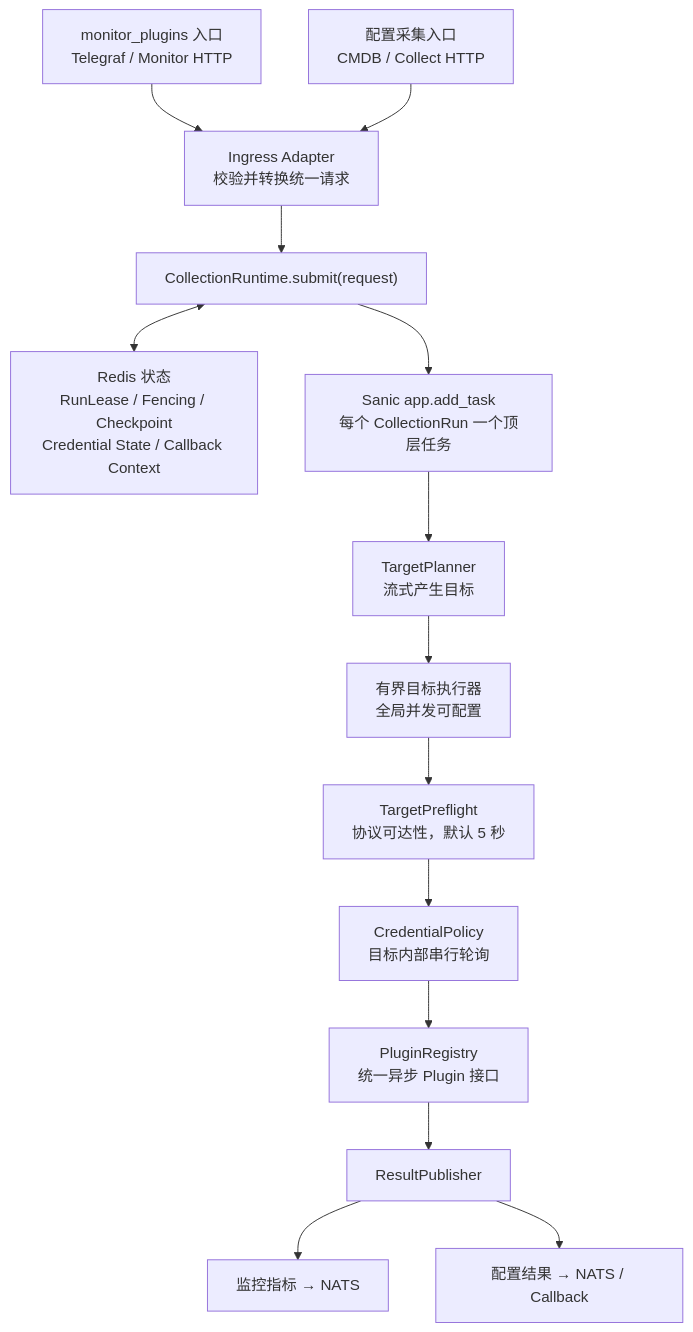
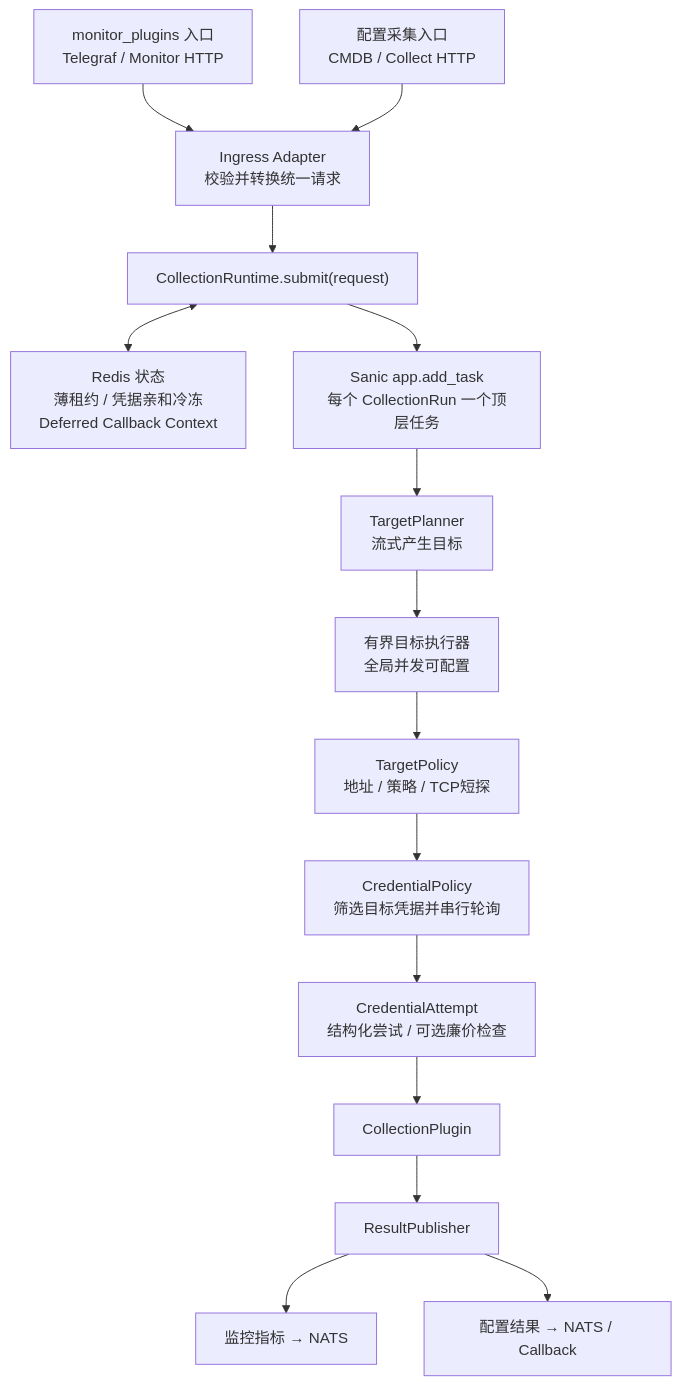
One commit to TencentBlueKing/bk-lite changed the first of 3 diagrams in specs/changes/stargazer-stateless-async-collection/spec.md. Above: the diagram before and after it, drawn with Mermaid. The commit also changed other lines of this file and 187 other files, not shown here.

````diff
--- a/specs/changes/stargazer-stateless-async-collection/spec.md
+++ b/specs/changes/stargazer-stateless-async-collection/spec.md
@@ -85,21 +101,22 @@
 ```mermaid
 flowchart TB
     MC["monitor_plugins 入口<br/>Telegraf / Monitor HTTP"]
     CC["配置采集入口<br/>CMDB / Collect HTTP"]
 
     MC --> IA["Ingress Adapter<br/>校验并转换统一请求"]
     CC --> IA
 
     IA --> CR["CollectionRuntime.submit(request)"]
-    CR <--> RS["Redis 状态<br/>RunLease / Fencing / Checkpoint<br/>Credential State / Callback Context"]
+    CR <--> RS["Redis 状态<br/>薄租约 / 凭据亲和冷冻<br/>Deferred Callback Context"]
 
     CR --> BT["Sanic app.add_task<br/>每个 CollectionRun 一个顶层任务"]
     BT --> TP["TargetPlanner<br/>流式产生目标"]
     TP --> BE["有界目标执行器<br/>全局并发可配置"]
-    BE --> PF["TargetPreflight<br/>协议可达性，默认 5 秒"]
-    PF --> CP["CredentialPolicy<br/>目标内部串行轮询"]
-    CP --> PR["PluginRegistry<br/>统一异步 Plugin 接口"]
+    BE --> PF["TargetPolicy<br/>地址 / 策略 / TCP短探"]
+    PF --> CP["CredentialPolicy<br/>筛选目标凭据并串行轮询"]
+    CP --> AP["CredentialAttempt<br/>结构化尝试 / 可选廉价检查"]
+    AP --> PR["CollectionPlugin"]
     PR --> RP["ResultPublisher"]
     RP --> MN["监控指标 → NATS"]
     RP --> CN["配置结果 → NATS / Callback"]
 ```
````
